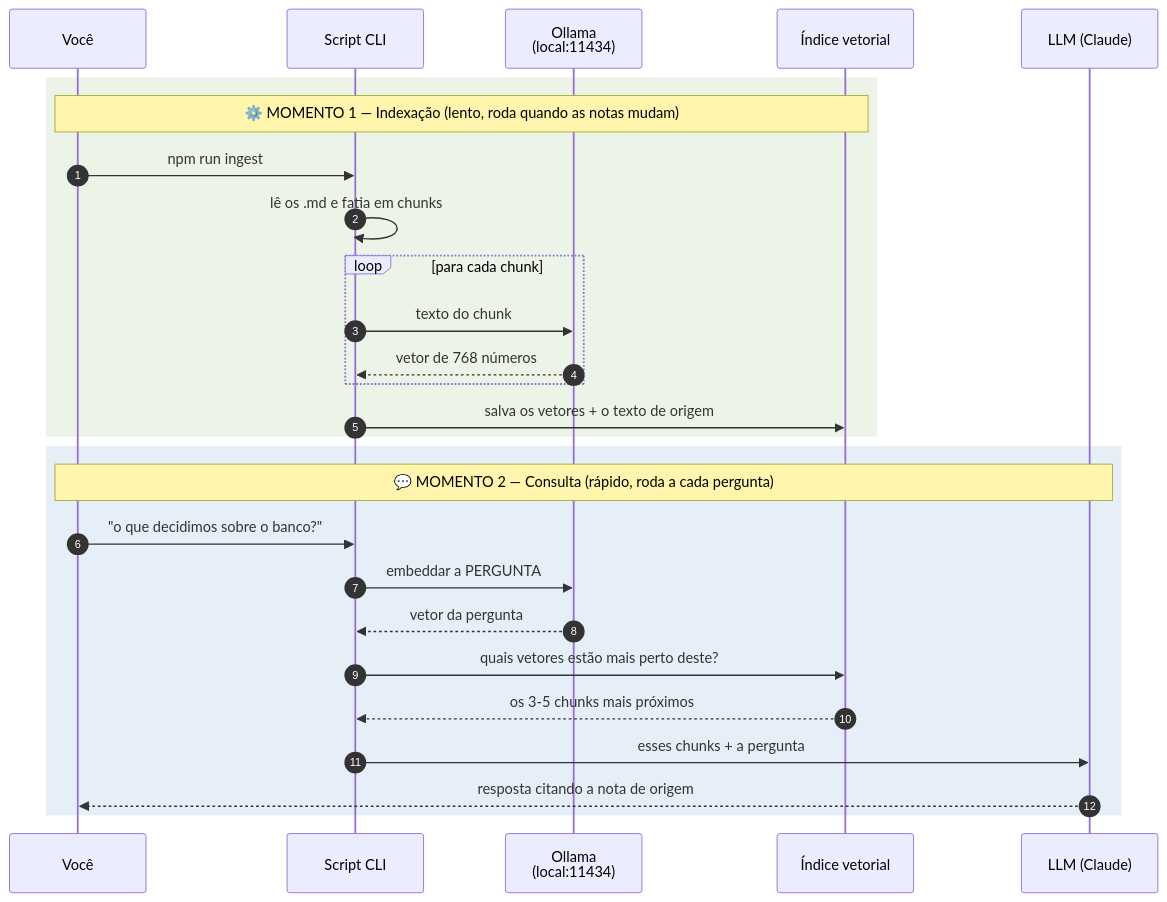
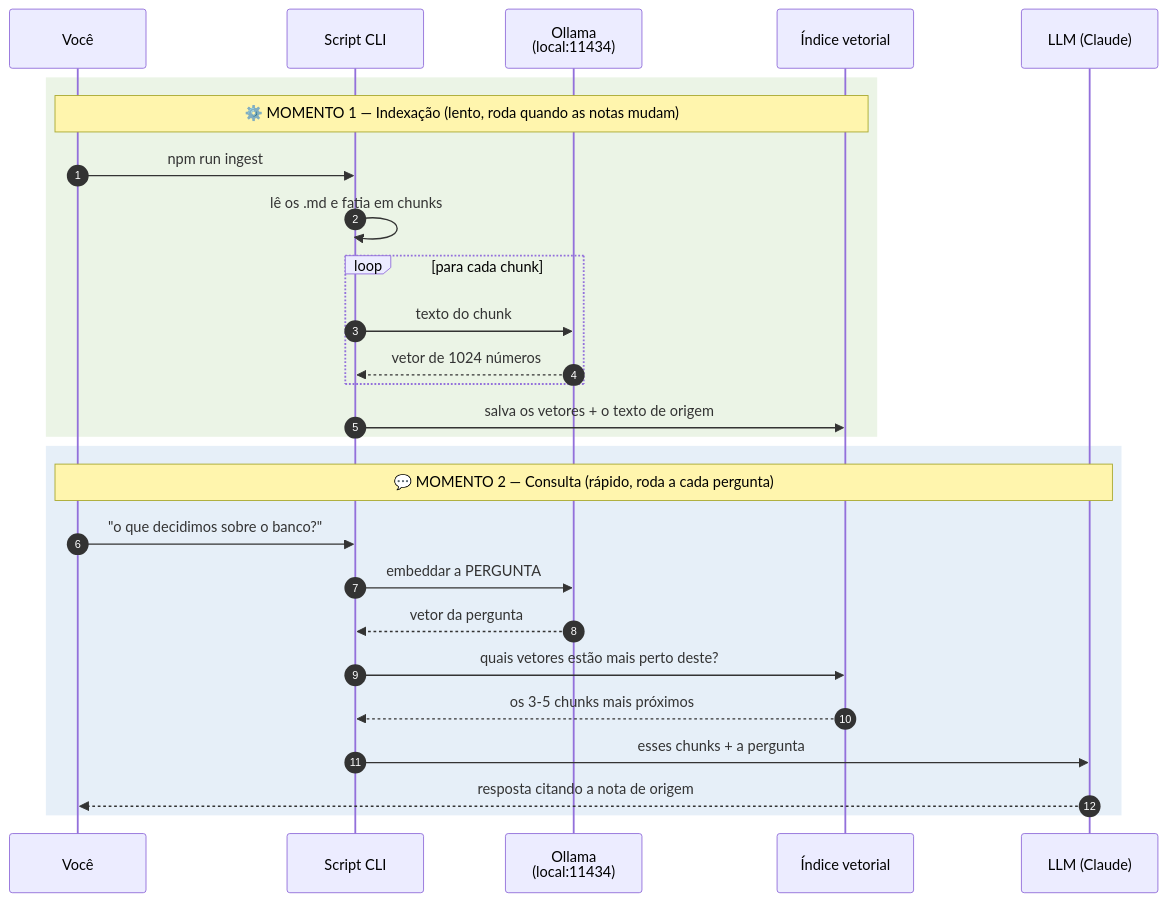
One commit to HeitorM50/dev-second-brain changed the second of 5 diagrams in docs/arquitetura.md. Above: the diagram before and after it, drawn with Mermaid. The commit also changed other lines of this file and 4 other files, not shown here.

````diff
--- a/docs/arquitetura.md
+++ b/docs/arquitetura.md
@@ -76,31 +76,31 @@
 ```mermaid
 sequenceDiagram
     autonumber
     participant Você
     participant CLI as Script CLI
     participant Ollama as Ollama<br/>(local:11434)
     participant Idx as Índice vetorial
     participant LLM as LLM (Claude)
 
     rect rgba(120, 180, 90, 0.15)
     Note over Você,Idx: ⚙️ MOMENTO 1 — Indexação (lento, roda quando as notas mudam)
     Você->>CLI: npm run ingest
     CLI->>CLI: lê os .md e fatia em chunks
     loop para cada chunk
         CLI->>Ollama: texto do chunk
-        Ollama-->>CLI: vetor de 768 números
+        Ollama-->>CLI: vetor de 1024 números
     end
     CLI->>Idx: salva os vetores + o texto de origem
     end
 
     rect rgba(90, 150, 210, 0.15)
     Note over Você,LLM: 💬 MOMENTO 2 — Consulta (rápido, roda a cada pergunta)
     Você->>CLI: "o que decidimos sobre o banco?"
     CLI->>Ollama: embeddar a PERGUNTA
     Ollama-->>CLI: vetor da pergunta
     CLI->>Idx: quais vetores estão mais perto deste?
     Idx-->>CLI: os 3-5 chunks mais próximos
     CLI->>LLM: esses chunks + a pergunta
     LLM-->>Você: resposta citando a nota de origem
     end
 ```
````
